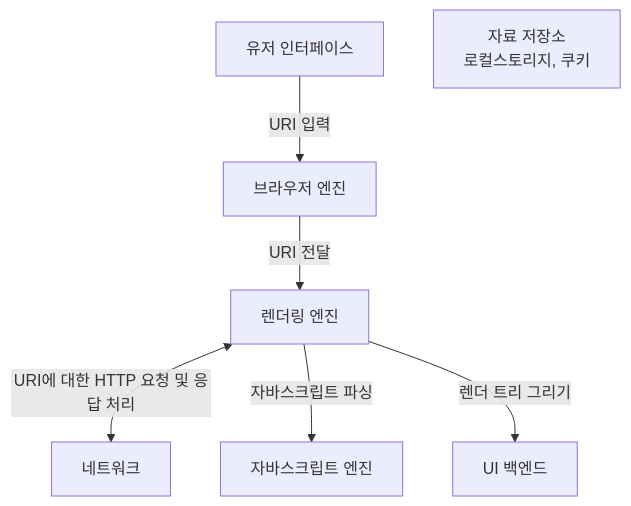
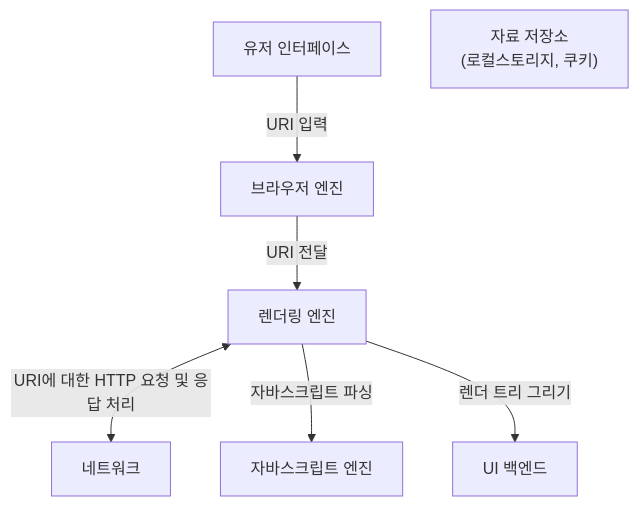
The first of 3 diagrams in _posts/2022-01-08-browser-rendering.md (datalater/datalater.github.io-bak-minimal), drawn with Mermaid before and after one commit. The commit also changed other lines of this file, not shown here.

````diff
--- a/_posts/2022-01-08-browser-rendering.md
+++ b/_posts/2022-01-08-browser-rendering.md
@@ -20,9 +20,9 @@
 ```mermaid
 graph TD
     A[유저 인터페이스] --> | URI 입력 | B[브라우저 엔진]
     B --> | URI 전달 | C[렌더링 엔진]
-    G[자료 저장소 </br> 로컬스토리지, 쿠키]
+    G["자료 저장소 </br> (로컬스토리지, 쿠키)"]
     C <--> | URI에 대한 HTTP 요청 및 응답 처리 | D[네트워크]
     C --> | 자바스크립트 파싱 | E[자바스크립트 엔진]
     C --> | 렌더 트리 그리기 | F[UI 백엔드]
 ```
````
